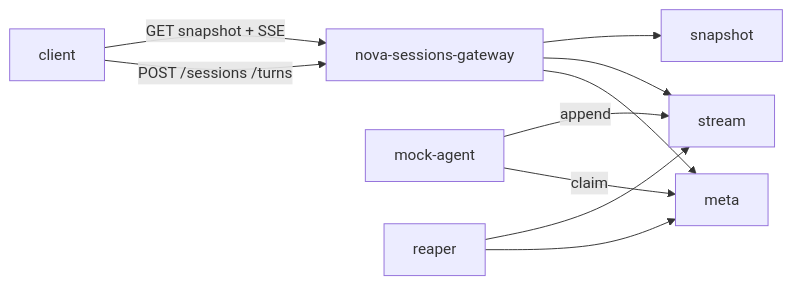
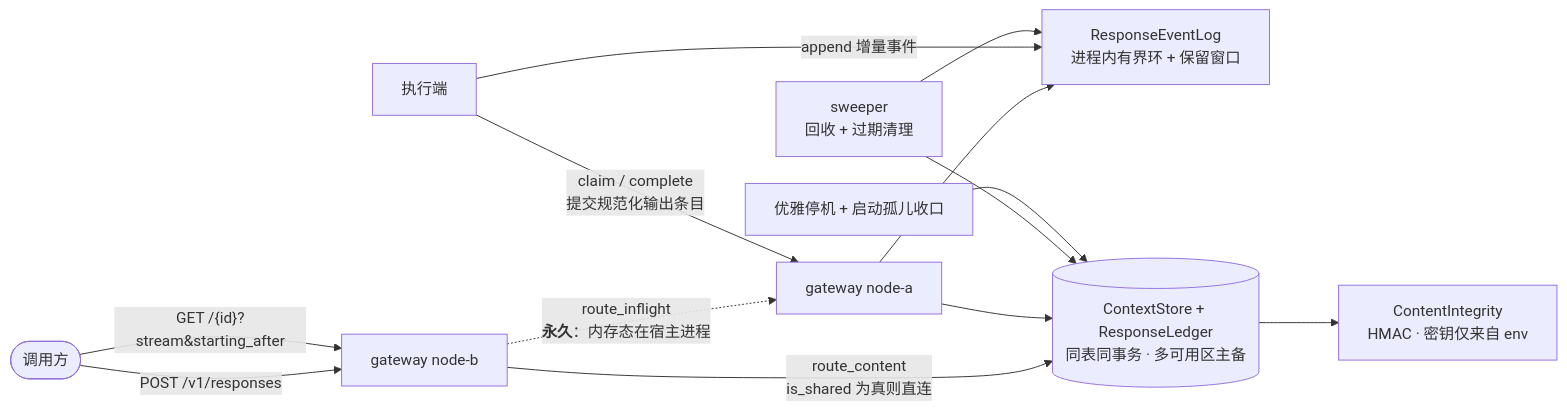
The diagram in docs/architecture/README.md (charleslyh/nova-chat), drawn with Mermaid before and after one commit. The commit also changed other lines of this file and 162 other files, not shown here.

````diff
--- a/docs/architecture/README.md
+++ b/docs/architecture/README.md
@@ -7,13 +9,16 @@
 ```mermaid
-%%{init: {"flowchart": {"curve": "basis", "rankSpacing": 70, "nodeSpacing": 28}}}%%
+%%{init: {"flowchart": {"curve": "basis", "rankSpacing": 72, "nodeSpacing": 28}}}%%
 flowchart LR
-    client -->|"POST /sessions /turns"| sessions["nova-sessions-gateway"]
-    client -->|"GET snapshot + SSE"| sessions
-    sessions --> meta
-    sessions --> stream
-    sessions --> snapshot
-    agent["mock-agent"] -->|"claim"| meta
-    agent -->|"append"| stream
-    reaper --> meta
-    reaper --> stream
+    client(["调用方"]) -->|"POST /v1/responses"| nodeB["gateway node-b"]
+    client -->|"GET /{id}?stream&starting_after"| nodeB
+    nodeB -.->|"route_inflight<br/><b>永久</b>：内存态在宿主进程"| nodeA["gateway node-a"]
+    nodeA --> evlog["ResponseEventLog<br/>进程内有界环 + 保留窗口"]
+    nodeB -->|"route_content<br/>is_shared 为真则直连"| db[("ContextStore + ResponseLedger<br/>同表同事务 · 多可用区主备")]
+    nodeA --> db
+    db --> integ["ContentIntegrity<br/>HMAC · 密钥仅来自 env"]
+    agent["执行端"] -->|"claim / complete<br/>提交规范化输出条目"| nodeA
+    agent -->|"append 增量事件"| evlog
+    sweeper["sweeper<br/>回收 + 过期清理"] --> evlog
+    sweeper --> db
+    drain["优雅停机 + 启动孤儿收口"] --> db
 ```
````
